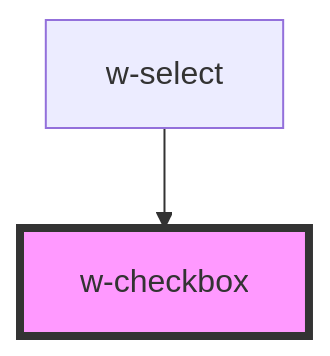
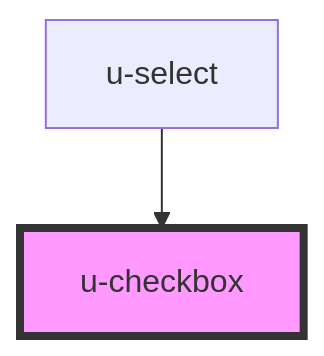
The diagram in src/components/u-checkbox/readme.md (theUrbans/uniform), drawn with Mermaid before and after one commit. The commit also changed other lines of this file and 13 other files, not shown here.

````diff
--- a/src/components/u-checkbox/readme.md
+++ b/src/components/u-checkbox/readme.md
@@ -45,5 +45,5 @@
 ```mermaid
 graph TD;
-  w-select --> w-checkbox
-  style w-checkbox fill:#f9f,stroke:#333,stroke-width:4px
+  u-select --> u-checkbox
+  style u-checkbox fill:#f9f,stroke:#333,stroke-width:4px
 ```
````
